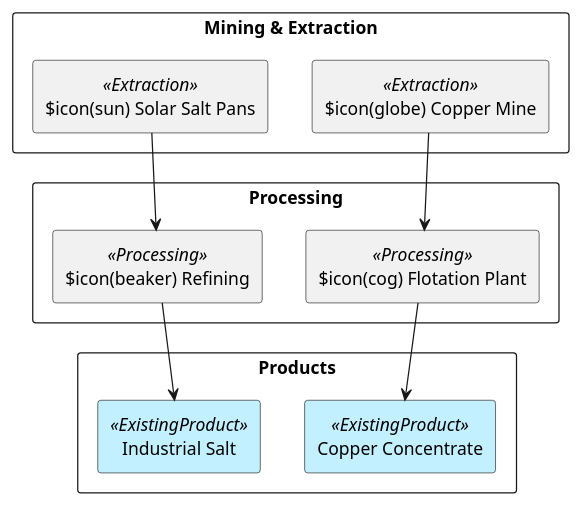
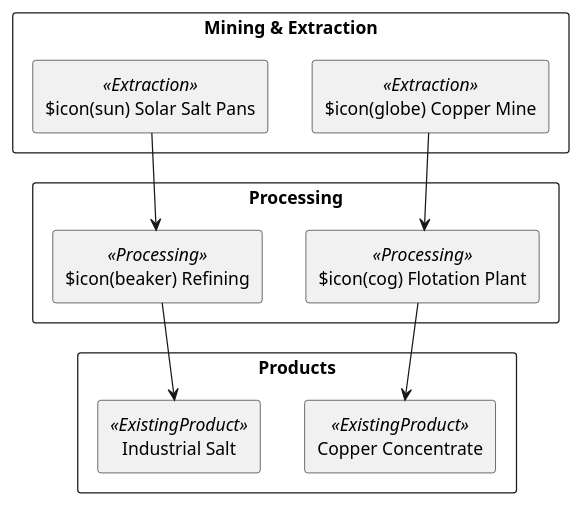
One commit to tayyebi/gcc changed the diagram in assets/diagrams/mining.puml. Above: the diagram before and after it, drawn with PlantUML. The commit also changed 3 other files, not shown here.

```diff
--- a/assets/diagrams/mining.puml
+++ b/assets/diagrams/mining.puml
@@ -1,20 +1,20 @@
 rectangle "Mining & Extraction" as mining_sector {
     rectangle "$icon(globe) Copper Mine" as cu_mine <<Extraction>>
     rectangle "$icon(sun) Solar Salt Pans" as salt_mine <<Extraction>>
 }
 
 rectangle "Processing" as mining_processing {
     rectangle "$icon(cog) Flotation Plant" as flotation <<Processing>>
     rectangle "$icon(beaker) Refining" as salt_refinery <<Processing>>
 }
 
 rectangle "Products" as mining_products {
-    rectangle "Copper Concentrate" as conc <<ExistingProduct>> #Application
-    rectangle "Industrial Salt" as salt <<ExistingProduct>> #Application
+    rectangle "Copper Concentrate" as conc <<ExistingProduct>>
+    rectangle "Industrial Salt" as salt <<ExistingProduct>>
 }
 
 cu_mine --> flotation
 flotation --> conc
 
 salt_mine --> salt_refinery
 salt_refinery --> salt
```
